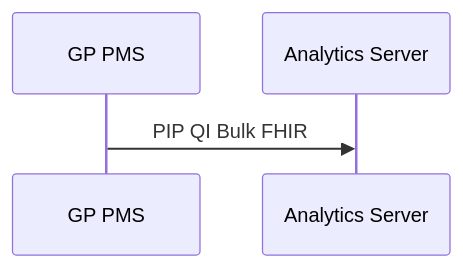
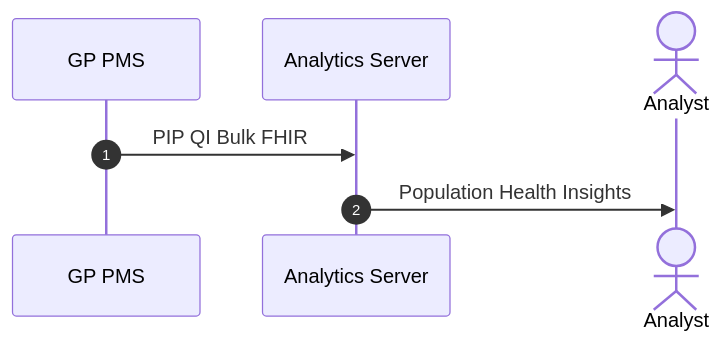
One commit to hl7au/au-fhir-test-data changed the seventh of 7 diagrams in au-fhir-test-data-set/connected-care/Alex Story Interactions.md. Above: the diagram before and after it, drawn with Mermaid. The commit also changed other lines of this file, not shown here.

````diff
--- a/au-fhir-test-data-set/connected-care/Alex Story Interactions.md
+++ b/au-fhir-test-data-set/connected-care/Alex Story Interactions.md
@@ -171,8 +181,10 @@
 ```mermaid
 sequenceDiagram
-
+    autonumber
     participant PMS as GP PMS
     participant AnlSvr as Analytics Server
+    actor Analyst
 
     PMS->>AnlSvr: PIP QI Bulk FHIR
+    AnlSvr->>Analyst: Population Health Insights
 ```
````
